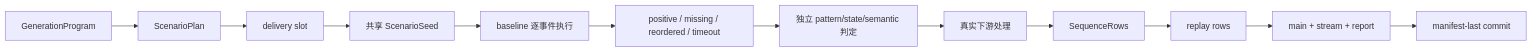
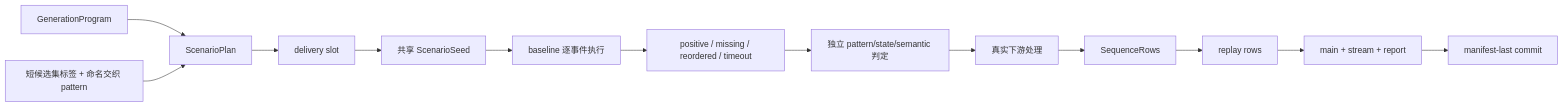
One commit to HoldThatThgt/LabelKit changed the diagram in docs/manual/27-sequence-generation.md. Above: the diagram before and after it, drawn with Mermaid. The commit also changed other lines of this file and 59 other files, not shown here.

Commit message:
feat: add weighted sequence interleaving

````diff
--- a/docs/manual/27-sequence-generation.md
+++ b/docs/manual/27-sequence-generation.md
@@ -10,14 +13,15 @@
 ```mermaid
 flowchart LR
     A[GenerationProgram] --> B[ScenarioPlan]
+    X[短候选集标签 + 命名交织 pattern] --> B
     B --> C[delivery slot]
     C --> D[共享 ScenarioSeed]
     D --> E[baseline 逐事件执行]
     E --> F[positive / missing / reordered / timeout]
     F --> G[独立 pattern/state/semantic 判定]
     G --> H[真实下游处理]
     H --> I[SequenceRows]
     I --> J[replay rows]
     J --> K[main + stream + report]
     K --> L[manifest-last commit]
 ```
````
